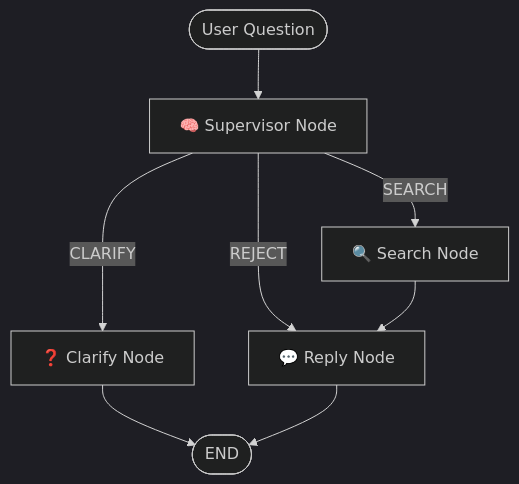
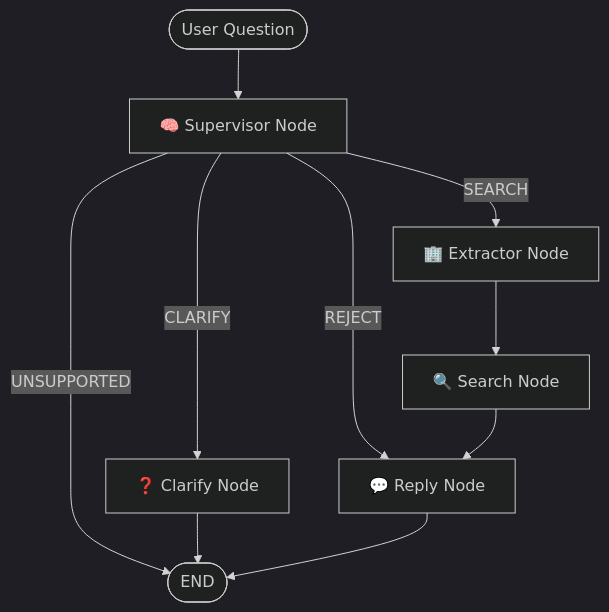
One commit to Jibril-Frej/deep-financial-research changed the diagram in README.md. Above: the diagram before and after it, drawn with Mermaid (dark theme). The commit also changed other lines of this file, not shown here.

````diff
--- a/README.md
+++ b/README.md
@@ -119,10 +118,12 @@
 ```mermaid
 graph TD
     START([User Question]) --> supervisor["🧠 Supervisor Node"]
-    supervisor --> |SEARCH| search["🔍 Search Node"]
+    supervisor --> |SEARCH| extractor["🏢 Extractor Node"]
     supervisor --> |CLARIFY| clarify["❓ Clarify Node"]
     supervisor --> |REJECT| reply["💬 Reply Node"]
+    supervisor --> |UNSUPPORTED| END
+    extractor --> search["🔍 Search Node"]
     search --> reply
     clarify --> END([END])
     reply --> END
 ```
````
